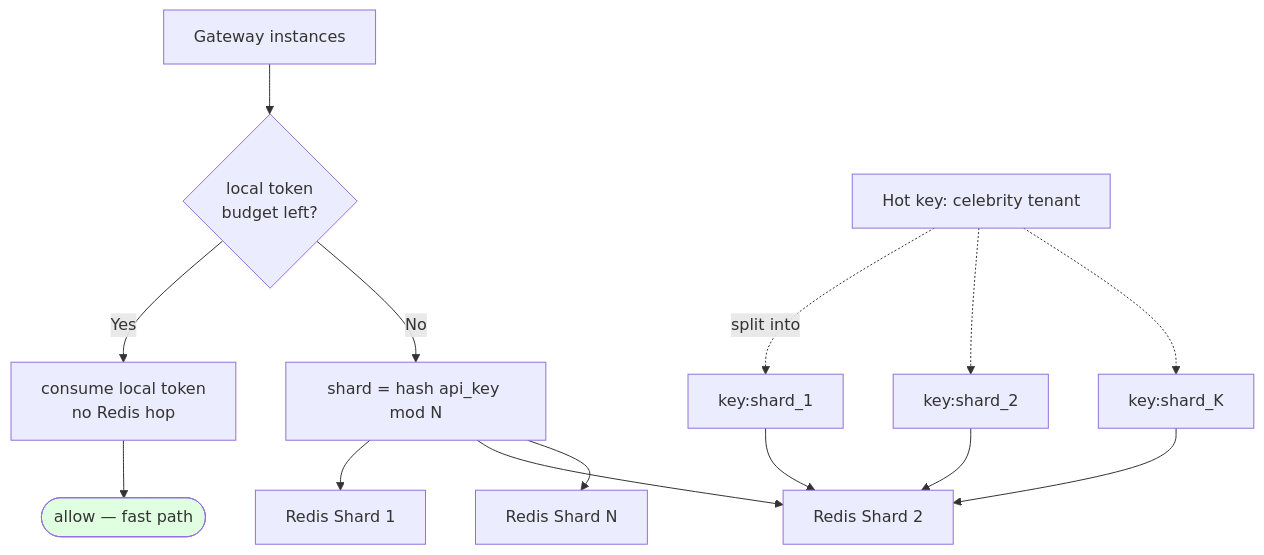
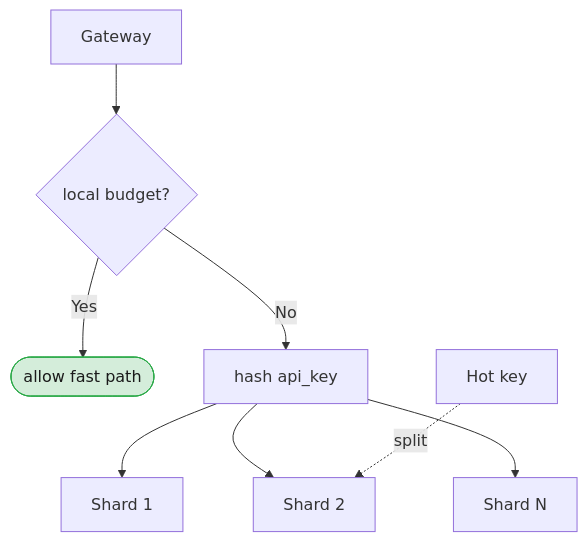
The diagram in assets/images/high_level_design/01_flow_sharding_hot_keys.mmd (amanjaiswal30/dsa-solutions), drawn with Mermaid before and after one commit. The commit also changed 50 other files, not shown here.

```diff
--- a/assets/images/high_level_design/01_flow_sharding_hot_keys.mmd
+++ b/assets/images/high_level_design/01_flow_sharding_hot_keys.mmd
@@ -1,15 +1,10 @@
-flowchart TB
-    GW[Gateway instances] --> LC{local token<br/>budget left?}
-    LC -->|Yes| LOCAL[consume local token<br/>no Redis hop]
-    LOCAL --> OK([allow — fast path])
-    LC -->|No| HASH[shard = hash api_key mod N]
-    HASH --> S1[Redis Shard 1]
-    HASH --> S2[Redis Shard 2]
-    HASH --> SN[Redis Shard N]
+flowchart TD
+    GW[Gateway] --> LC{local budget?}
+    LC -->|Yes| OK([allow fast path])
+    LC -->|No| HASH[hash api_key]
+    HASH --> R1[Shard 1]
+    HASH --> R2[Shard 2]
+    HASH --> RN[Shard N]
+    HOT[Hot key] -.->|split| R2
 
-    HOT[Hot key: celebrity tenant] -.->|split into| SUB1[key:shard_1]
-    HOT -.-> SUB2[key:shard_2]
-    HOT -.-> SUBK[key:shard_K]
-    SUB1 & SUB2 & SUBK --> S2
-
-    style OK fill:#e0ffe0
+    style OK fill:#d4edda,stroke:#28a745,color:#1a1a1a
```
